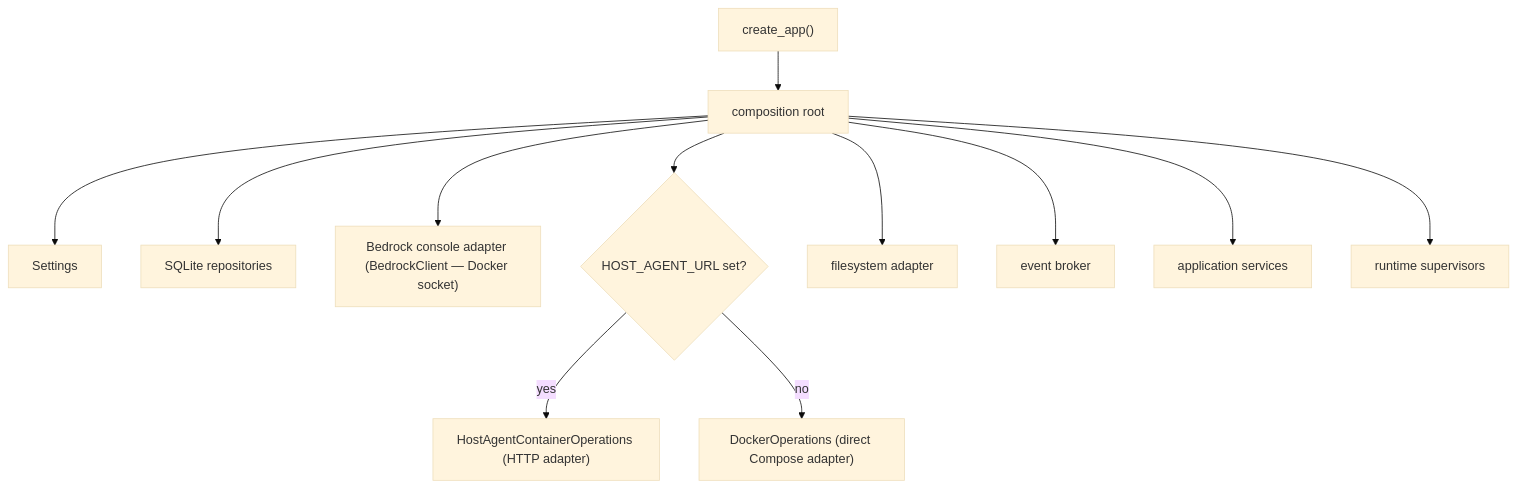
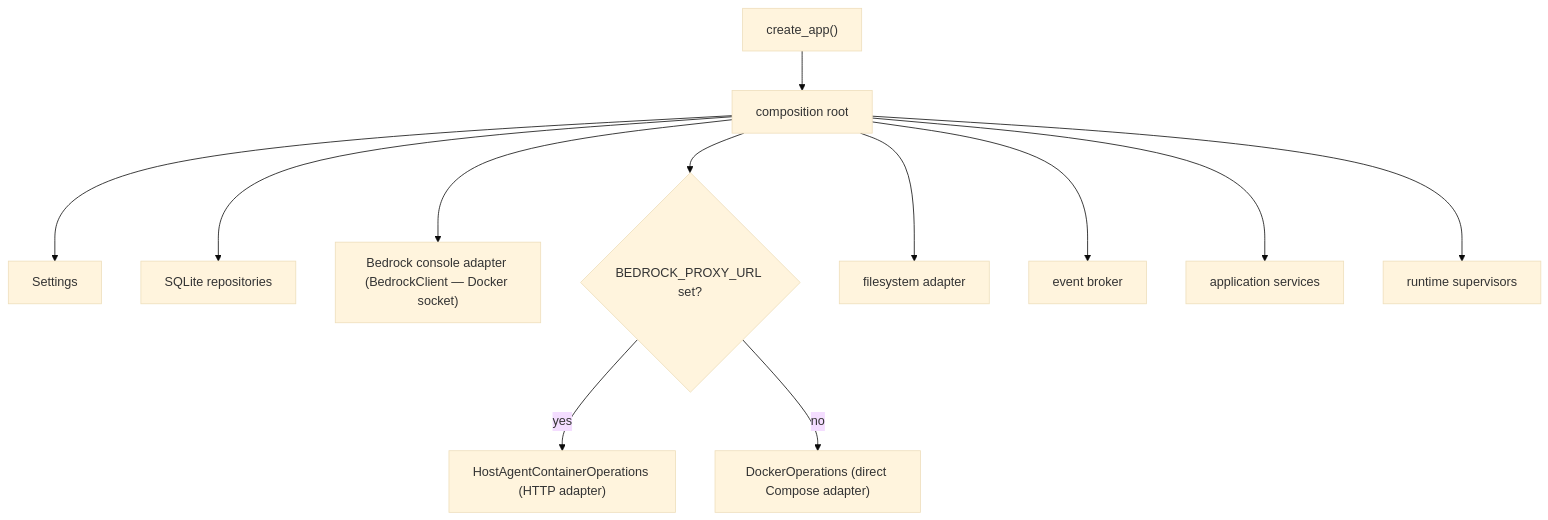
The fourth of 5 diagrams in docs/architecture.md (dgaramos/craftcontrol), drawn with Mermaid (base theme) before and after one commit. The commit also changed other lines of this file and 88 other files, not shown here.

First line of the commit message:
refactor(host-agent): rename service directory to bedrock-proxy

````diff
--- a/docs/architecture.md
+++ b/docs/architecture.md
@@ -86,14 +86,14 @@
 ```mermaid
 flowchart TD
     app["create_app()"] --> root["composition root"]
     root --> settings["Settings"]
     root --> repositories["SQLite repositories"]
     root --> bedrock["Bedrock console adapter (BedrockClient — Docker socket)"]
-    root --> docker{"HOST_AGENT_URL set?"}
+    root --> docker{"BEDROCK_PROXY_URL set?"}
     docker -->|"yes"| hostagent["HostAgentContainerOperations (HTTP adapter)"]
     docker -->|"no"| compose["DockerOperations (direct Compose adapter)"]
     root --> filesystem["filesystem adapter"]
     root --> broker["event broker"]
     root --> services["application services"]
     root --> runtime["runtime supervisors"]
 ```
````
